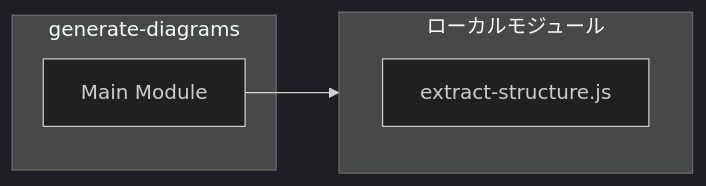
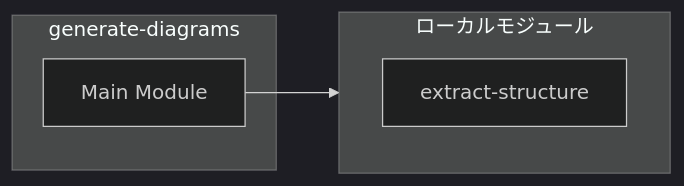
One commit to Mekann2904/mekann changed the second of 2 diagrams in ABDD/.pi/extensions/code-structure-analyzer/tools/generate-diagrams.md. Above: the diagram before and after it, drawn with Mermaid (dark theme). The commit also changed other lines of this file and 174 other files, not shown here.

First line of the commit message:
fix(docs): ABDDのMermaid図生成エラーを修正する

````diff
--- a/ABDD/.pi/extensions/code-structure-analyzer/tools/generate-diagrams.md
+++ b/ABDD/.pi/extensions/code-structure-analyzer/tools/generate-diagrams.md
@@ -51,10 +51,10 @@
 ```mermaid
 flowchart LR
   subgraph this[generate-diagrams]
     main[Main Module]
   end
   subgraph local[ローカルモジュール]
-    extract_structure_js["extract-structure.js"]
+    extract_structure["extract-structure"]
   end
   main --> local
 ```
````
